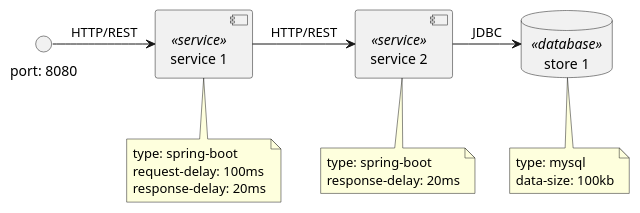
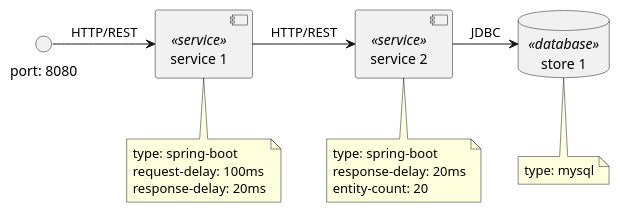
One commit to iteratec/microzoo changed the diagram in scenarios/basic.puml. Above: the diagram before and after it, drawn with PlantUML. The commit also changed 10 other files, not shown here.

Commit message:
Added POST endpoint Added properties entity-count and payload-size Some refactoring and cleanup

```diff
--- a/scenarios/basic.puml
+++ b/scenarios/basic.puml
@@ -1,30 +1,30 @@
 @startuml
 
 database "store 1" <<database>>
 note bottom of "store 1" {
     type: mysql
-    data-size: 100kb
 }
 
 component "service 1" <<service>>
 note bottom of "service 1" {
     type: spring-boot
     request-delay: 100ms
     response-delay: 20ms
 }
 
 component "service 2" <<service>>
 note bottom of "service 2" {
     type: spring-boot
     response-delay: 20ms
+    entity-count: 20
 }
 
 interface "port: 8080"
 
 [service 1] -> [service 2]: HTTP/REST
 
 [service 2] -> [store 1]: JDBC
 
 [port: 8080] -> [service 1]: HTTP/REST
 
 @enduml
```
